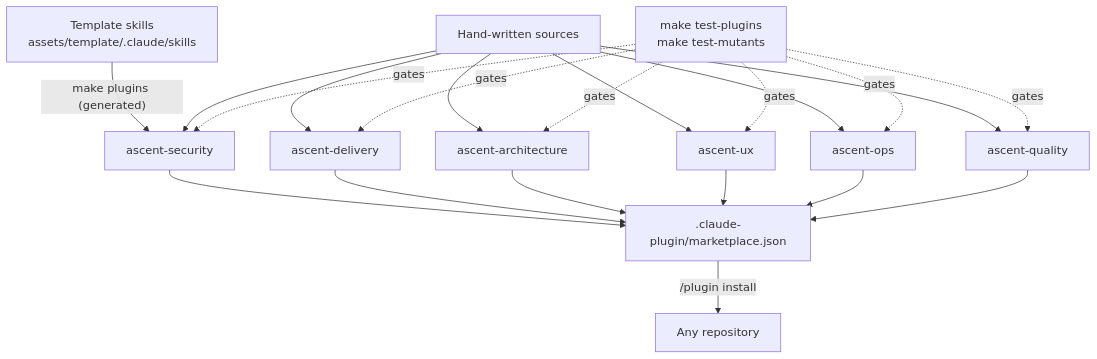
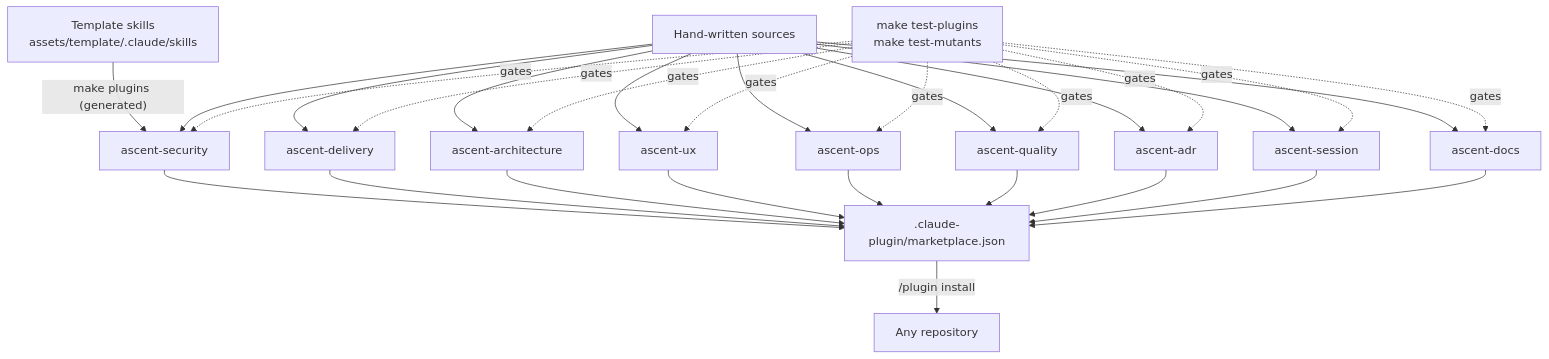
One commit to lloydbrian/lloydbriantech-ascent changed the diagram in docs/framework/ARCHITECTURE.md. Above: the diagram before and after it, drawn with Mermaid. The commit also changed other lines of this file and 105 other files, not shown here.

````diff
--- a/docs/framework/ARCHITECTURE.md
+++ b/docs/framework/ARCHITECTURE.md
@@ -152,13 +152,16 @@
 ```mermaid
 flowchart TB
     T["Template skills<br/>assets/template/.claude/skills"] -->|"make plugins (generated)"| SEC["ascent-security"]
     H["Hand-written sources"] --> SEC
     H --> DEL["ascent-delivery"]
     H --> ARC["ascent-architecture"]
     H --> UX["ascent-ux"]
     H --> OPS["ascent-ops"]
     H --> QA["ascent-quality"]
-    SEC & DEL & ARC & UX & OPS & QA --> M[".claude-plugin/marketplace.json"]
+    H --> ADR["ascent-adr"]
+    H --> SES["ascent-session"]
+    H --> DOC["ascent-docs"]
+    SEC & DEL & ARC & UX & OPS & QA & ADR & SES & DOC --> M[".claude-plugin/marketplace.json"]
     M -->|"/plugin install"| R["Any repository"]
-    G["make test-plugins<br/>make test-mutants"] -. gates .-> SEC & DEL & ARC & UX & OPS & QA
+    G["make test-plugins<br/>make test-mutants"] -. gates .-> SEC & DEL & ARC & UX & OPS & QA & ADR & SES & DOC
 ```
````
